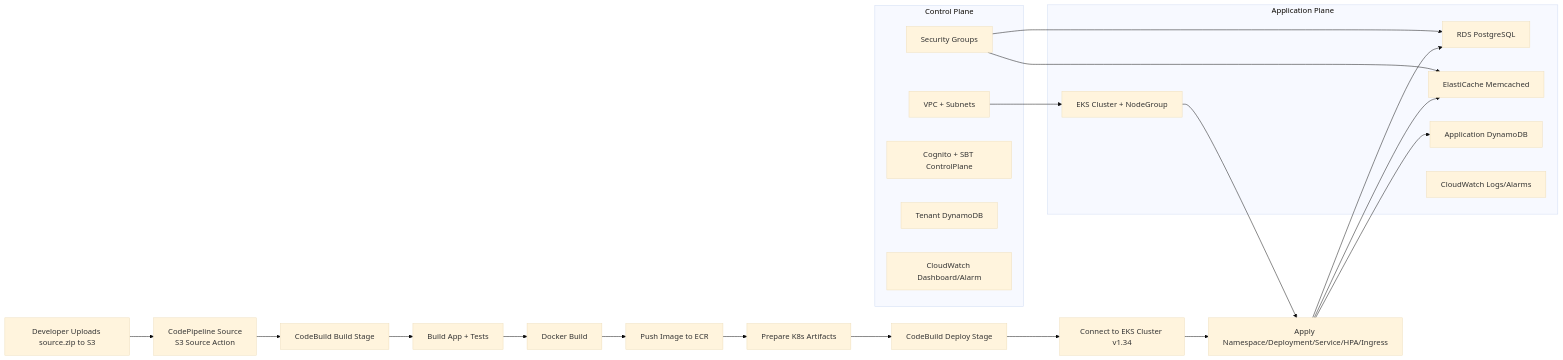
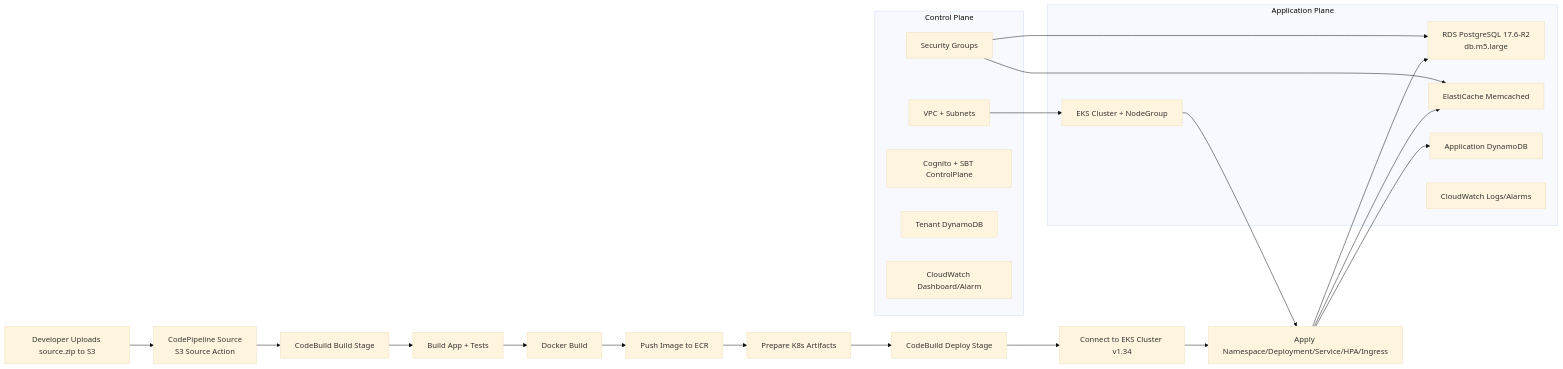
Before and after one commit to rahultiple31/med-aws-repo: the diagram in README.md, drawn with Mermaid (base theme). The commit also changed 9 other files, not shown here.

````diff
--- a/README.md
+++ b/README.md
@@ -1,38 +1,38 @@
 ```mermaid
 flowchart LR
   A[Developer Uploads source.zip to S3] --> B[CodePipeline Source<br/>S3 Source Action]
   B --> C[CodeBuild Build Stage]
   C --> D[Build App + Tests]
   D --> E[Docker Build]
   E --> F[Push Image to ECR]
   F --> G[Prepare K8s Artifacts]
 
   G --> H[CodeBuild Deploy Stage]
   H --> I[Connect to EKS Cluster v1.34]
   I --> J[Apply Namespace/Deployment/Service/HPA/Ingress]
 
   subgraph Control Plane
     CP1[VPC + Subnets]
     CP2[Security Groups]
     CP3[Cognito + SBT ControlPlane]
     CP4[Tenant DynamoDB]
     CP5[CloudWatch Dashboard/Alarm]
   end
 
   subgraph Application Plane
     AP1[EKS Cluster + NodeGroup]
-    AP2[RDS PostgreSQL]
+    AP2[RDS PostgreSQL 17.6-R2<br/>db.m5.large]
     AP3[ElastiCache Memcached]
     AP4[Application DynamoDB]
     AP5[CloudWatch Logs/Alarms]
   end
 
   CP1 --> AP1
   CP2 --> AP2
   CP2 --> AP3
   AP1 --> J
   J --> AP2
   J --> AP3
   J --> AP4
 
 ```
````
